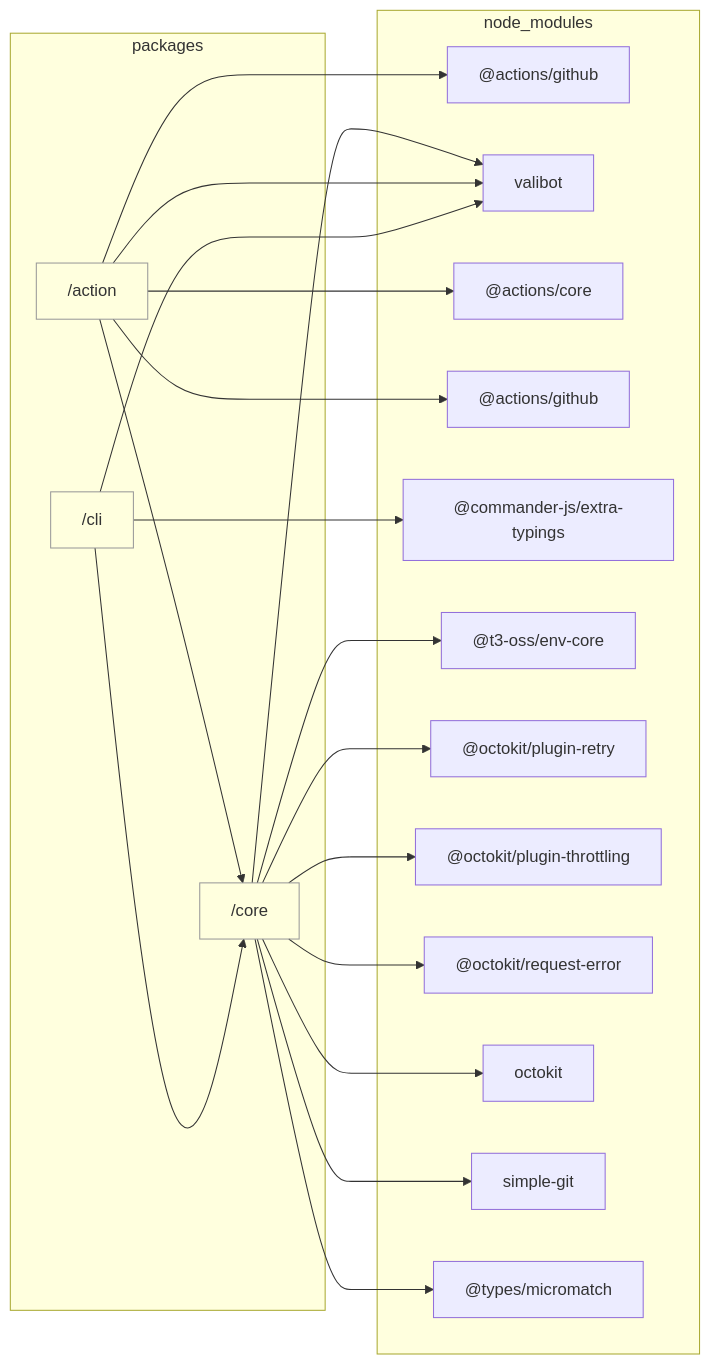
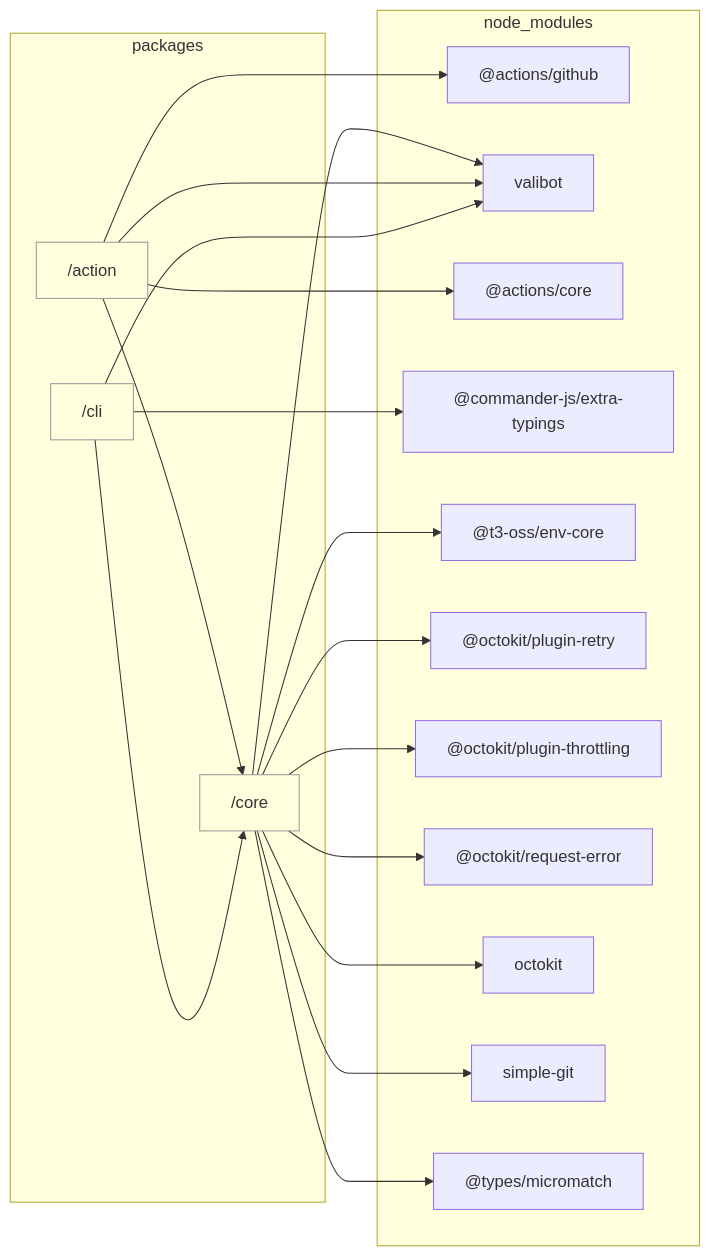
Before and after one commit to sugurutakahashi-1234/issue-linker: the diagram in docs/reports/dependencies/overview.md, drawn with Mermaid. The commit also changed 16 other files, not shown here.

````diff
--- a/docs/reports/dependencies/overview.md
+++ b/docs/reports/dependencies/overview.md
@@ -7,39 +7,37 @@
 ```mermaid
 flowchart LR
     classDef dir fill:#0000,stroke:#999
     subgraph packages["packages"]
         packages/action["/action"]:::dir
         packages/core["/core"]:::dir
         packages/cli["/cli"]:::dir
     end
     subgraph node//modules["node_modules"]
-        node//modules///actions/github/lib/context.d.ts["@actions/github"]
+        node//modules///actions/github/lib/github.d.ts["@actions/github"]
         node//modules/valibot/dist/index.d.cts["valibot"]
         node//modules///actions/core/lib/core.d.ts["@actions/core"]
-        node//modules///actions/github/lib/github.d.ts["@actions/github"]
         node//modules///commander//js/extra//typings/index.d.ts["@commander-js/extra-typings"]
         node//modules///t3//oss/env//core/dist/index.d.ts["@t3-oss/env-core"]
         node//modules///octokit/plugin//retry/dist//types/index.d.ts["@octokit/plugin-retry"]
         node//modules///octokit/plugin//throttling/dist//types/index.d.ts["@octokit/plugin-throttling"]
         node//modules///octokit/request//error/dist//types/index.d.ts["@octokit/request-error"]
         node//modules/octokit/dist//types/index.d.ts["octokit"]
-        node//modules/simple//git/dist/typings/index.d.ts["simple-git"]
+        node//modules/simple//git/dist/index.d.ts["simple-git"]
         node//modules///types/micromatch/index.d.ts["@types/micromatch"]
     end
-    packages/action-->node//modules///actions/github/lib/context.d.ts
+    packages/action-->node//modules///actions/github/lib/github.d.ts
     packages/core-->node//modules/valibot/dist/index.d.cts
     packages/action-->packages/core
     packages/action-->node//modules/valibot/dist/index.d.cts
     packages/action-->node//modules///actions/core/lib/core.d.ts
-    packages/action-->node//modules///actions/github/lib/github.d.ts
     packages/cli-->packages/core
     packages/cli-->node//modules///commander//js/extra//typings/index.d.ts
     packages/cli-->node//modules/valibot/dist/index.d.cts
     packages/core-->node//modules///t3//oss/env//core/dist/index.d.ts
     packages/core-->node//modules///octokit/plugin//retry/dist//types/index.d.ts
     packages/core-->node//modules///octokit/plugin//throttling/dist//types/index.d.ts
     packages/core-->node//modules///octokit/request//error/dist//types/index.d.ts
     packages/core-->node//modules/octokit/dist//types/index.d.ts
-    packages/core-->node//modules/simple//git/dist/typings/index.d.ts
+    packages/core-->node//modules/simple//git/dist/index.d.ts
     packages/core-->node//modules///types/micromatch/index.d.ts
 ```
````
